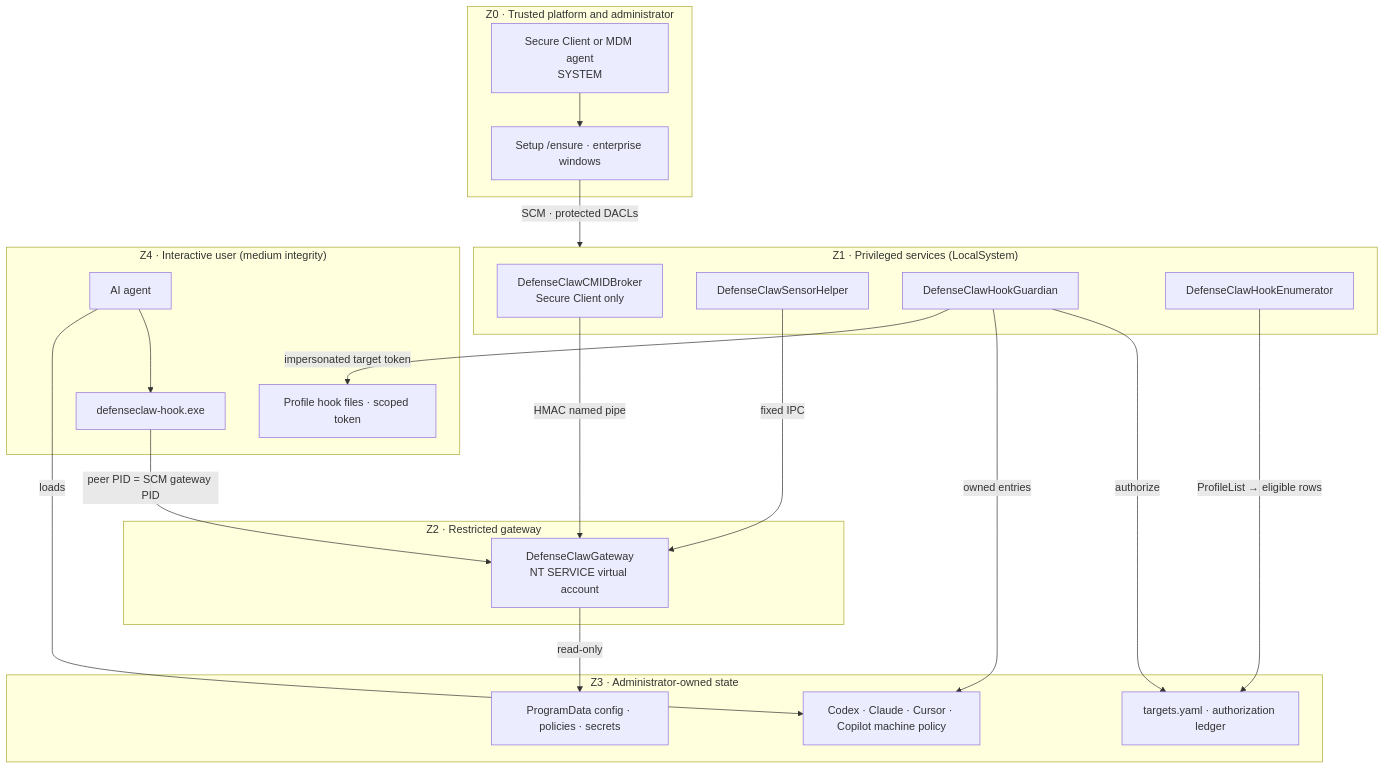
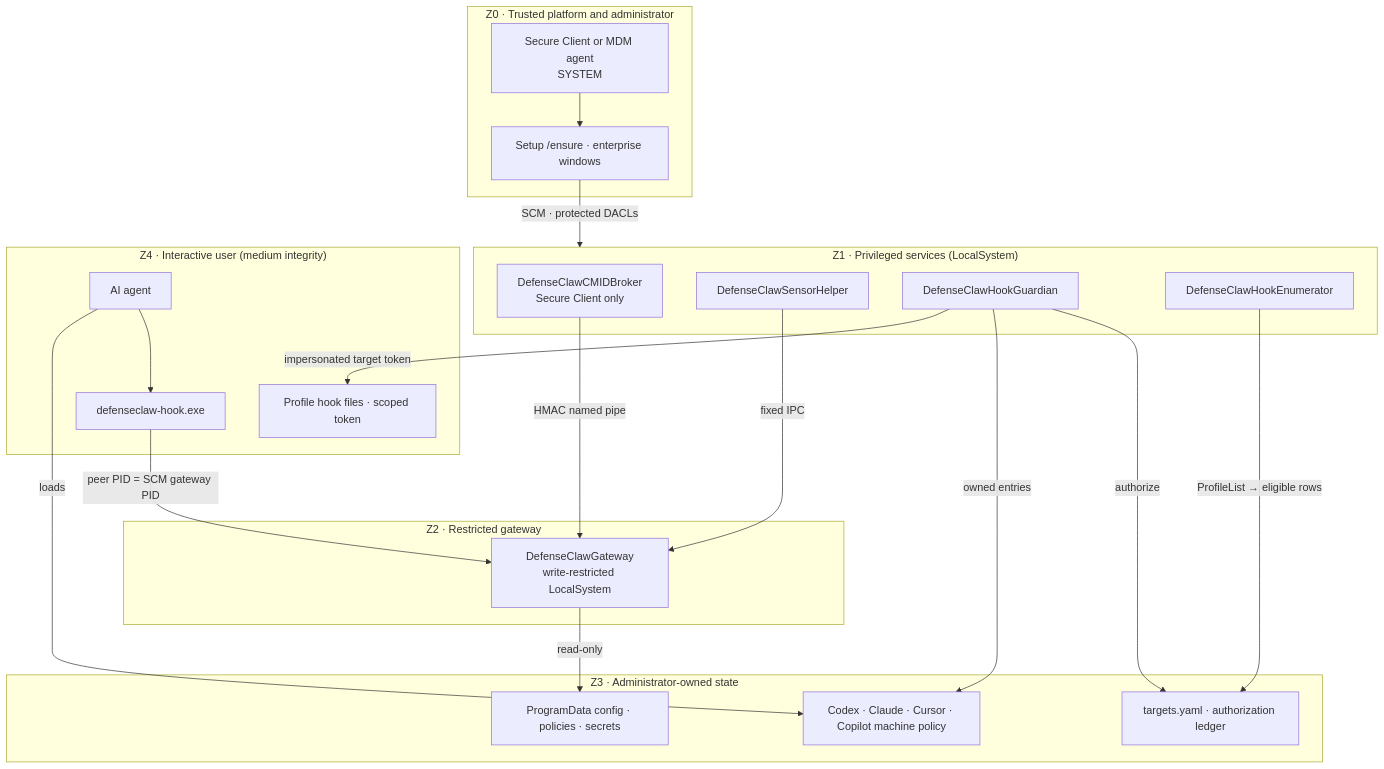
Before and after one commit to DominikHommer/defenseclaw: the diagram in docs/WINDOWS-ENTERPRISE-THREAT-MODEL.md, drawn with Mermaid. The commit also changed other lines of this file and 63 other files, not shown here.

First line of the commit message:
fix(windows): run the managed gateway as LocalSystem and keep it out of user profiles (#1186)

````diff
--- a/docs/WINDOWS-ENTERPRISE-THREAT-MODEL.md
+++ b/docs/WINDOWS-ENTERPRISE-THREAT-MODEL.md
@@ -125,38 +125,38 @@
 ```mermaid
 flowchart TB
   subgraph Z0["Z0 · Trusted platform and administrator"]
     MDM["Secure Client or MDM agent<br/>SYSTEM"]
     LC["Setup /ensure · enterprise windows"]
     MDM --> LC
   end
   subgraph Z1["Z1 · Privileged services (LocalSystem)"]
     BRK["DefenseClawCMIDBroker<br/>Secure Client only"]
     SNS["DefenseClawSensorHelper"]
     GRD["DefenseClawHookGuardian"]
     ENM["DefenseClawHookEnumerator"]
   end
   subgraph Z2["Z2 · Restricted gateway"]
-    GW["DefenseClawGateway<br/>NT SERVICE virtual account"]
+    GW["DefenseClawGateway<br/>write-restricted LocalSystem"]
   end
   subgraph Z3["Z3 · Administrator-owned state"]
     CFG["ProgramData config · policies · secrets"]
     LED["targets.yaml · authorization ledger"]
     VP["Codex · Claude · Cursor · Copilot machine policy"]
   end
   subgraph Z4["Z4 · Interactive user (medium integrity)"]
     AG["AI agent"]
     HK["defenseclaw-hook.exe"]
     UF["Profile hook files · scoped token"]
   end
   LC -->|"SCM · protected DACLs"| Z1
   ENM -->|"ProfileList → eligible rows"| LED
   GRD -->|"impersonated target token"| UF
   GRD -->|"owned entries"| VP
   GRD -->|"authorize"| LED
   AG -->|"loads"| VP
   AG --> HK
   HK -->|"peer PID = SCM gateway PID"| GW
   GW -->|"read-only"| CFG
   BRK -->|"HMAC named pipe"| GW
   SNS -->|"fixed IPC"| GW
 ```
````
